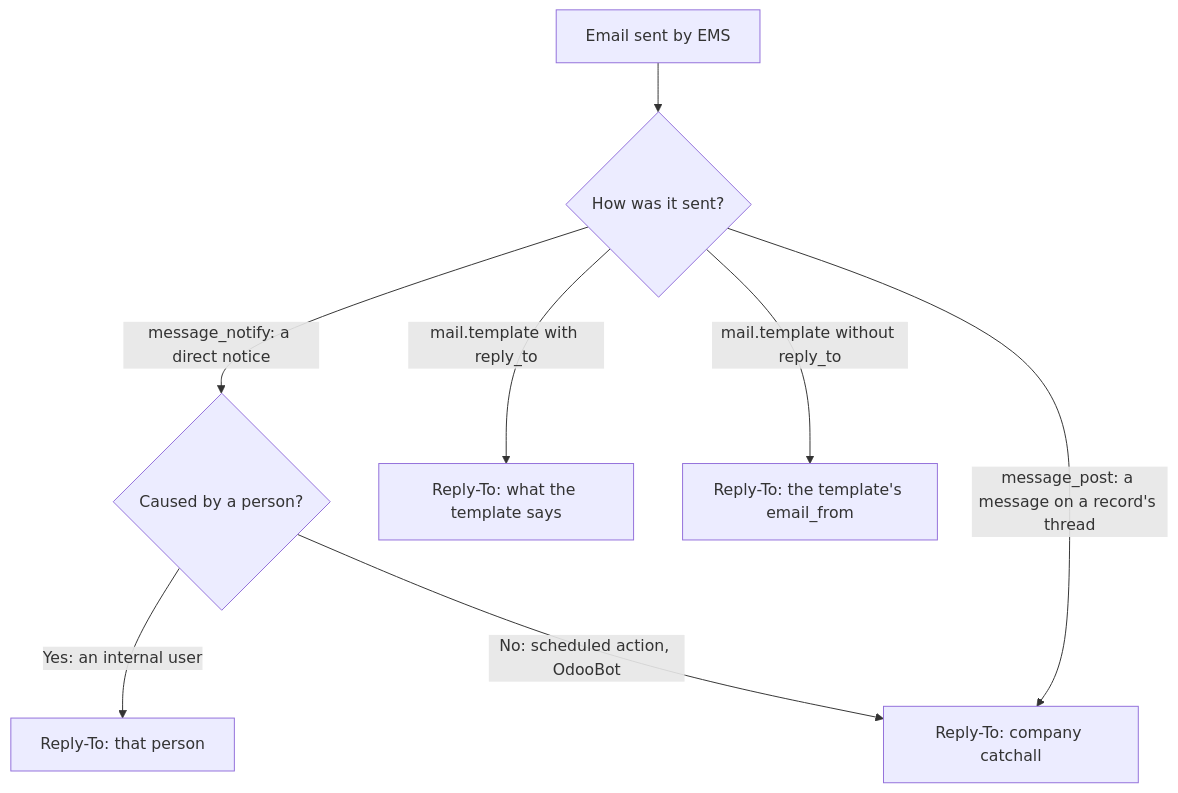
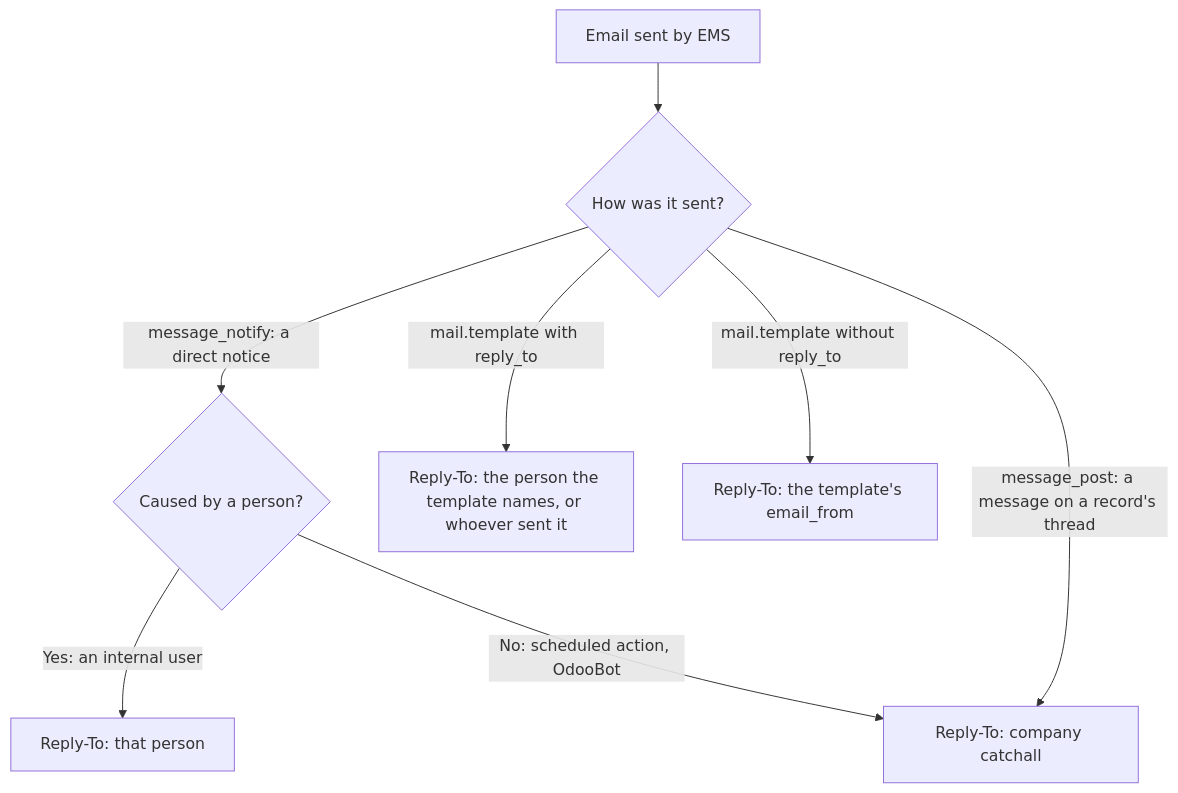
The diagram in docs/en/developers/shared/mail_reply_to.md (ElPuig/EMS), drawn with Mermaid before and after one commit. The commit also changed other lines of this file and 7 other files, not shown here.

Commit message:
Emails sent with a template on someone's request are answered to whoever sent them (#607)

````diff
--- a/docs/en/developers/shared/mail_reply_to.md
+++ b/docs/en/developers/shared/mail_reply_to.md
@@ -7,10 +7,10 @@
 ```mermaid
 flowchart TD
     A[Email sent by EMS] --> B{How was it sent?}
     B -->|message_notify: a direct notice| C{Caused by a person?}
     C -->|Yes: an internal user| D[Reply-To: that person]
     C -->|No: scheduled action, OdooBot| E[Reply-To: company catchall]
-    B -->|mail.template with reply_to| F[Reply-To: what the template says]
+    B -->|mail.template with reply_to| F[Reply-To: the person the template names, or whoever sent it]
     B -->|mail.template without reply_to| G[Reply-To: the template's email_from]
     B -->|message_post: a message on a record's thread| E
 ```
````
